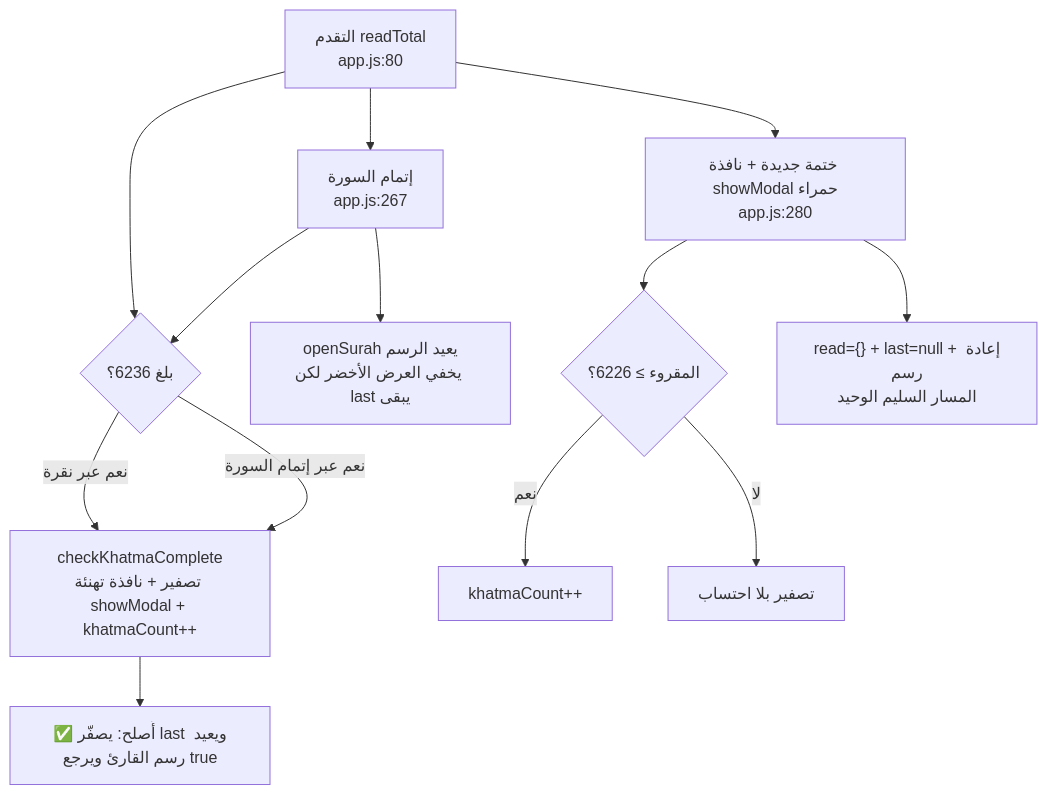
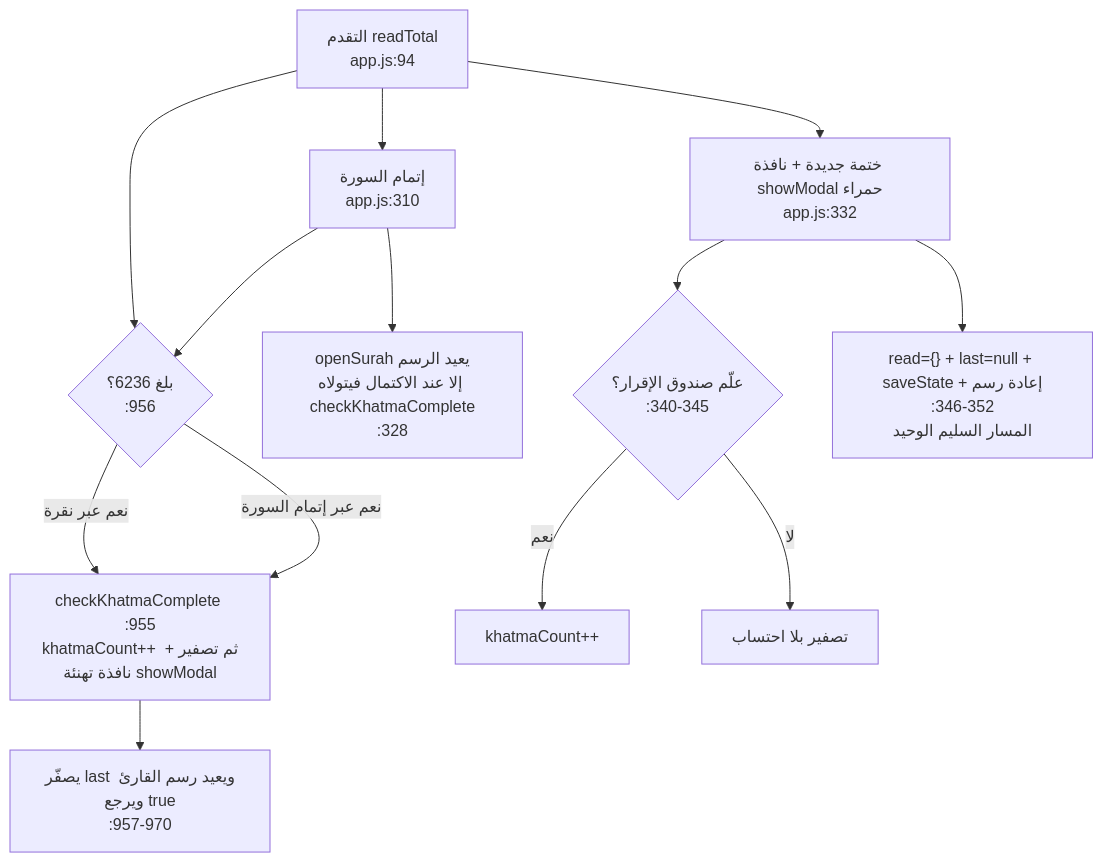
The fifth of 6 diagrams in docs/CODE-MAP.md (jabar-reda/quran-app), drawn with Mermaid before and after one commit. The commit also changed other lines of this file and 13 other files, not shown here.

````diff
--- a/docs/CODE-MAP.md
+++ b/docs/CODE-MAP.md
@@ -89,13 +97,13 @@
 ```mermaid
 flowchart TD
-    P["التقدم readTotal<br/>app.js:80"] --> K{"بلغ 6236؟"}
-    K -- "نعم عبر نقرة" --> A1["checkKhatmaComplete<br/>تصفير + نافذة تهنئة showModal + khatmaCount++"]
+    P["التقدم readTotal<br/>app.js:94"] --> K{"بلغ 6236؟<br/>:956"}
+    K -- "نعم عبر نقرة" --> A1["checkKhatmaComplete :955<br/>khatmaCount++ ثم تصفير + نافذة تهنئة showModal"]
     K -- "نعم عبر إتمام السورة" --> A1
-    A1 --> X1["✅ أُصلح: يصفّر last ويعيد رسم القارئ ويرجع true"]
-    P --> M["إتمام السورة<br/>app.js:267"] --> K
-    M --> R["openSurah يعيد الرسم<br/>يخفي العرض الأخضر لكن last يبقى"]
-    P --> Z["ختمة جديدة + نافذة showModal حمراء<br/>app.js:280"] --> Z1{"المقروء ≥ 6226؟"}
+    A1 --> X1["يصفّر last ويعيد رسم القارئ ويرجع true<br/>:957-970"]
+    P --> M["إتمام السورة<br/>app.js:310"] --> K
+    M --> R["openSurah يعيد الرسم<br/>إلا عند الاكتمال فيتولاه checkKhatmaComplete<br/>:328"]
+    P --> Z["ختمة جديدة + نافذة showModal حمراء<br/>app.js:332"] --> Z1{"علّم صندوق الإقرار؟<br/>:340-345"}
     Z1 -- نعم --> Z2["khatmaCount++"]
     Z1 -- لا --> Z3["تصفير بلا احتساب"]
-    Z --> Z4["read={} + last=null + إعادة رسم<br/>المسار السليم الوحيد"]
+    Z --> Z4["read={} + last=null + saveState + إعادة رسم<br/>:346-352<br/>المسار السليم الوحيد"]
 ```
````
